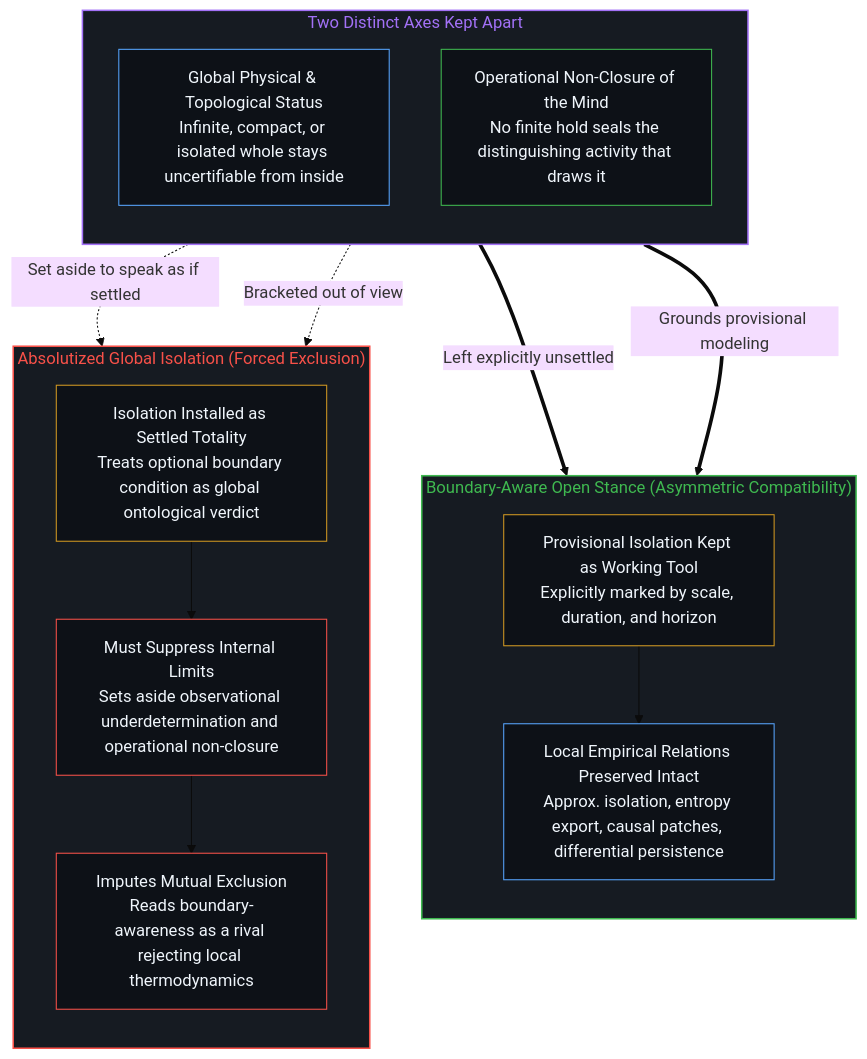
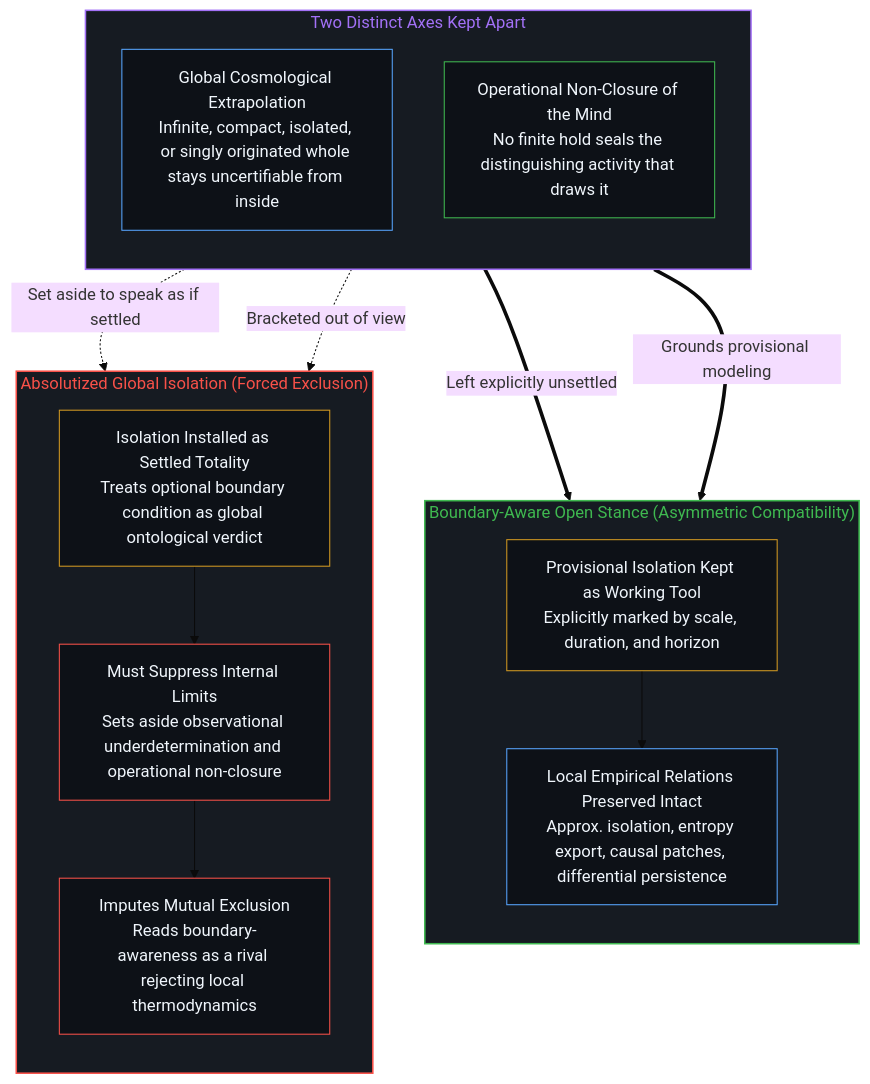
Before and after one commit to powerpig99/not-a-toe: the fourth of 4 diagrams in content/posts/boundary-of-the-isolation-idealization-and-the-non-closable-open.md, drawn with Mermaid (base theme). The commit also changed other lines of this file and 1 other file, not shown here.

Commit message:
Scope relativistic cosmology and cosmic-origin extrapolations inside models in boundary-of-the-isolation-idealization-and-the-non-closable-open

````diff
--- a/content/posts/boundary-of-the-isolation-idealization-and-the-non-closable-open.md
+++ b/content/posts/boundary-of-the-isolation-idealization-and-the-non-closable-open.md
@@ -167,35 +167,35 @@
 ```mermaid
 flowchart TD
     subgraph S_Axes["Two Distinct Axes Kept Apart"]
         direction TB
-        A_Phys["Global Physical & Topological Status<br/>Infinite, compact, or isolated whole stays uncertifiable from inside"]
+        A_Phys["Global Cosmological Extrapolation<br/>Infinite, compact, isolated, or singly originated whole stays uncertifiable from inside"]
         A_Op["Operational Non-Closure of the Mind<br/>No finite hold seals the distinguishing activity that draws it"]
     end
     subgraph S_Open["Boundary-Aware Open Stance (Asymmetric Compatibility)"]
         direction TB
         O_Tool["Provisional Isolation Kept as Working Tool<br/>Explicitly marked by scale, duration, and horizon"]
         O_Local["Local Empirical Relations Preserved Intact<br/>Approx. isolation, entropy export, causal patches, differential persistence"]
         O_Tool --> O_Local
     end
     subgraph S_Closed["Absolutized Global Isolation (Forced Exclusion)"]
         direction TB
         C_Seal["Isolation Installed as Settled Totality<br/>Treats optional boundary condition as global ontological verdict"]
         C_Drop["Must Suppress Internal Limits<br/>Sets aside observational underdetermination and operational non-closure"]
         C_Impute["Imputes Mutual Exclusion<br/>Reads boundary-awareness as a rival rejecting local thermodynamics"]
         C_Seal --> C_Drop --> C_Impute
     end
     A_Phys ==>|"Left explicitly unsettled"| O_Tool
     A_Op ==>|"Grounds provisional modeling"| O_Tool
     A_Phys -.->|"Set aside to speak as if settled"| C_Drop
     A_Op -.->|"Bracketed out of view"| C_Drop
     style S_Axes fill:#161b22,stroke:#a371f7,stroke-width:1.5px,color:#a371f7
     style S_Open fill:#161b22,stroke:#3fb950,stroke-width:1.5px,color:#3fb950
     style S_Closed fill:#161b22,stroke:#f85149,stroke-width:1.5px,color:#f85149
     style A_Phys fill:#0d1117,stroke:#58a6ff,stroke-width:1px,color:#f0f6fc
     style A_Op fill:#0d1117,stroke:#3fb950,stroke-width:1px,color:#f0f6fc
     style O_Tool fill:#0d1117,stroke:#d29922,stroke-width:1px,color:#f0f6fc
     style O_Local fill:#0d1117,stroke:#58a6ff,stroke-width:1px,color:#f0f6fc
     style C_Seal fill:#0d1117,stroke:#d29922,stroke-width:1px,color:#f0f6fc
     style C_Drop fill:#0d1117,stroke:#f85149,stroke-width:1px,color:#f0f6fc
     style C_Impute fill:#0d1117,stroke:#f85149,stroke-width:1px,color:#f0f6fc
 ```
````
